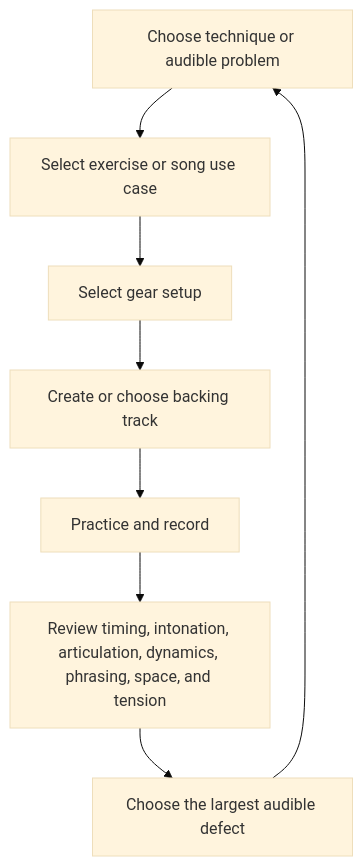
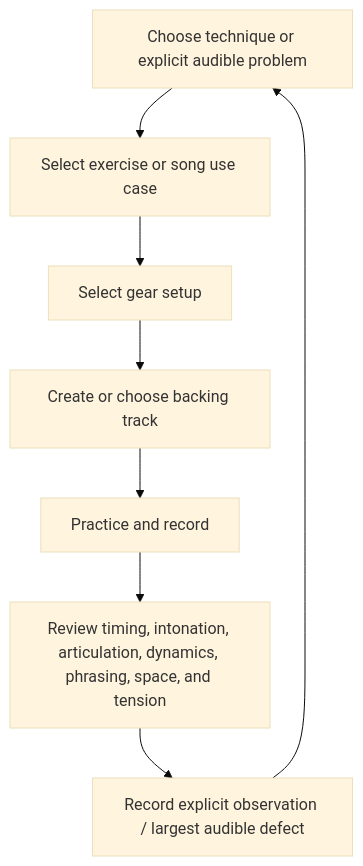
One commit to ryjen/guitar-practice-system changed the second of 2 diagrams in README.md. Above: the diagram before and after it, drawn with Mermaid (base theme). The commit also changed other lines of this file, not shown here.

````diff
--- a/README.md
+++ b/README.md
@@ -97,10 +73,10 @@
 ```mermaid
 flowchart TD
-    A[Choose technique or audible problem] --> B[Select exercise or song use case]
+    A[Choose technique or explicit audible problem] --> B[Select exercise or song use case]
     B --> C[Select gear setup]
     C --> D[Create or choose backing track]
     D --> E[Practice and record]
     E --> F[Review timing, intonation, articulation, dynamics, phrasing, space, and tension]
-    F --> G[Choose the largest audible defect]
+    F --> G[Record explicit observation / largest audible defect]
     G --> A
 ```
````
